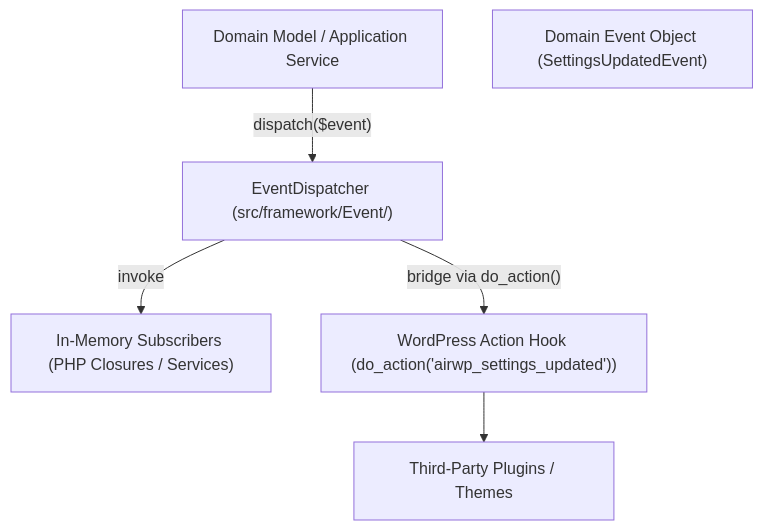
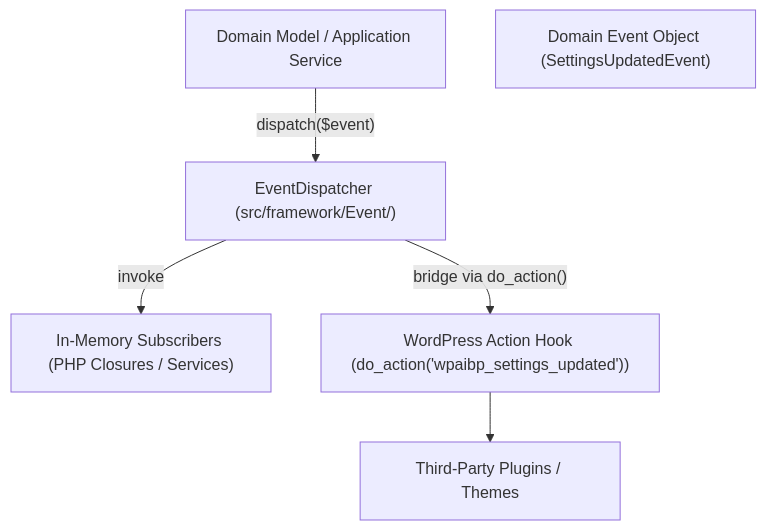
Before and after one commit to blackandcode/ai-ready-wp-plugin-boilerplate: the diagram in docs/framework/event-dispatcher.md, drawn with Mermaid. The commit also changed other lines of this file and 245 other files, not shown here.

````diff
--- a/docs/framework/event-dispatcher.md
+++ b/docs/framework/event-dispatcher.md
@@ -15,14 +15,14 @@
 ```mermaid
 flowchart TD
     Domain["Domain Model / Application Service"]
     Event["Domain Event Object (SettingsUpdatedEvent)"]
     Dispatcher["EventDispatcher (src/framework/Event/)"]
     Subscribers["In-Memory Subscribers (PHP Closures / Services)"]
-    WPBridge["WordPress Action Hook (do_action('airwp_settings_updated'))"]
+    WPBridge["WordPress Action Hook (do_action('wpaibp_settings_updated'))"]
     ThirdParty["Third-Party Plugins / Themes"]
 
     Domain -->|"dispatch($event)"| Dispatcher
     Dispatcher -->|"invoke"| Subscribers
     Dispatcher -->|"bridge via do_action()"| WPBridge
     WPBridge --> ThirdParty
 ```
````
